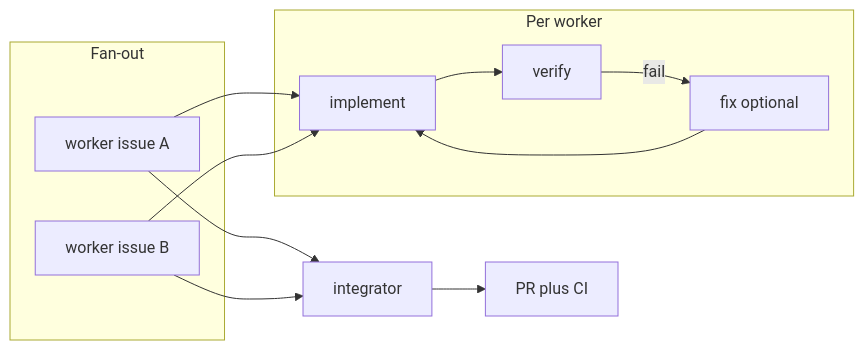
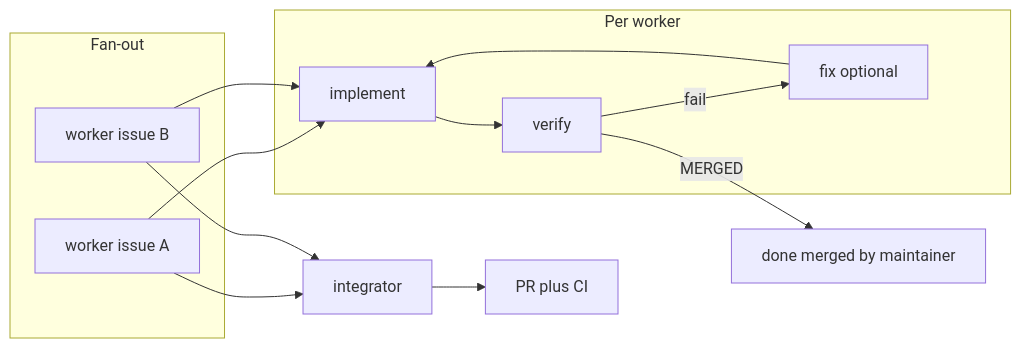
One commit to chatondearu/ai-dev-kit changed the second of 2 diagrams in doc/architecture.md. Above: the diagram before and after it, drawn with Mermaid. The commit also changed other lines of this file and 6 other files, not shown here.

````diff
--- a/doc/architecture.md
+++ b/doc/architecture.md
@@ -54,18 +54,19 @@
 ```mermaid
 flowchart LR
   subgraph workers [Fan-out]
     W1[worker issue A]
     W2[worker issue B]
   end
   subgraph nodes [Per worker]
     I[implement]
     V[verify]
     F[fix optional]
   end
   W1 --> I --> V
   V -->|fail| F --> I
+  V -->|MERGED| D[done merged by maintainer]
   W2 --> I
   W1 --> INT[integrator]
   W2 --> INT
   INT --> PR[PR plus CI]
 ```
````
